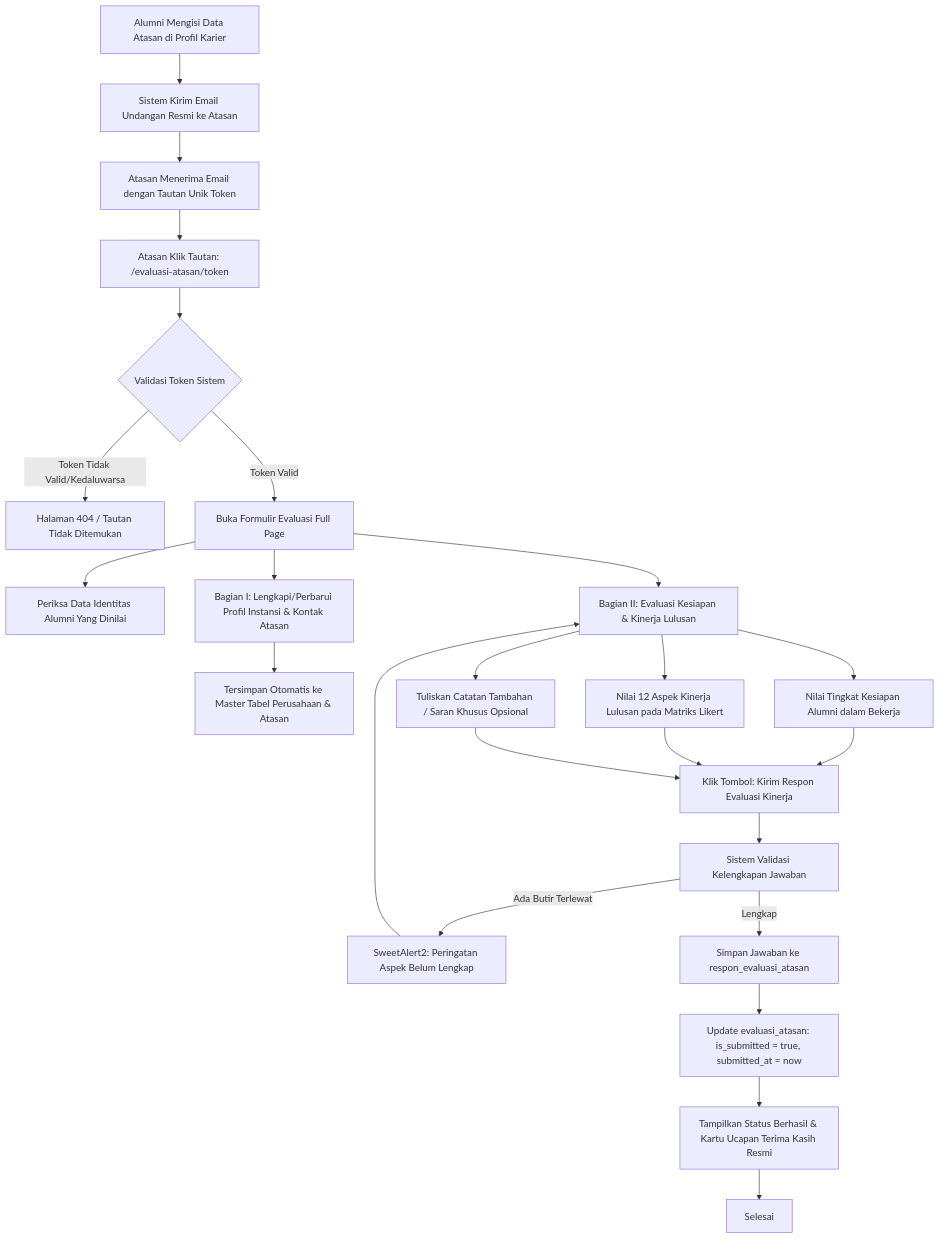
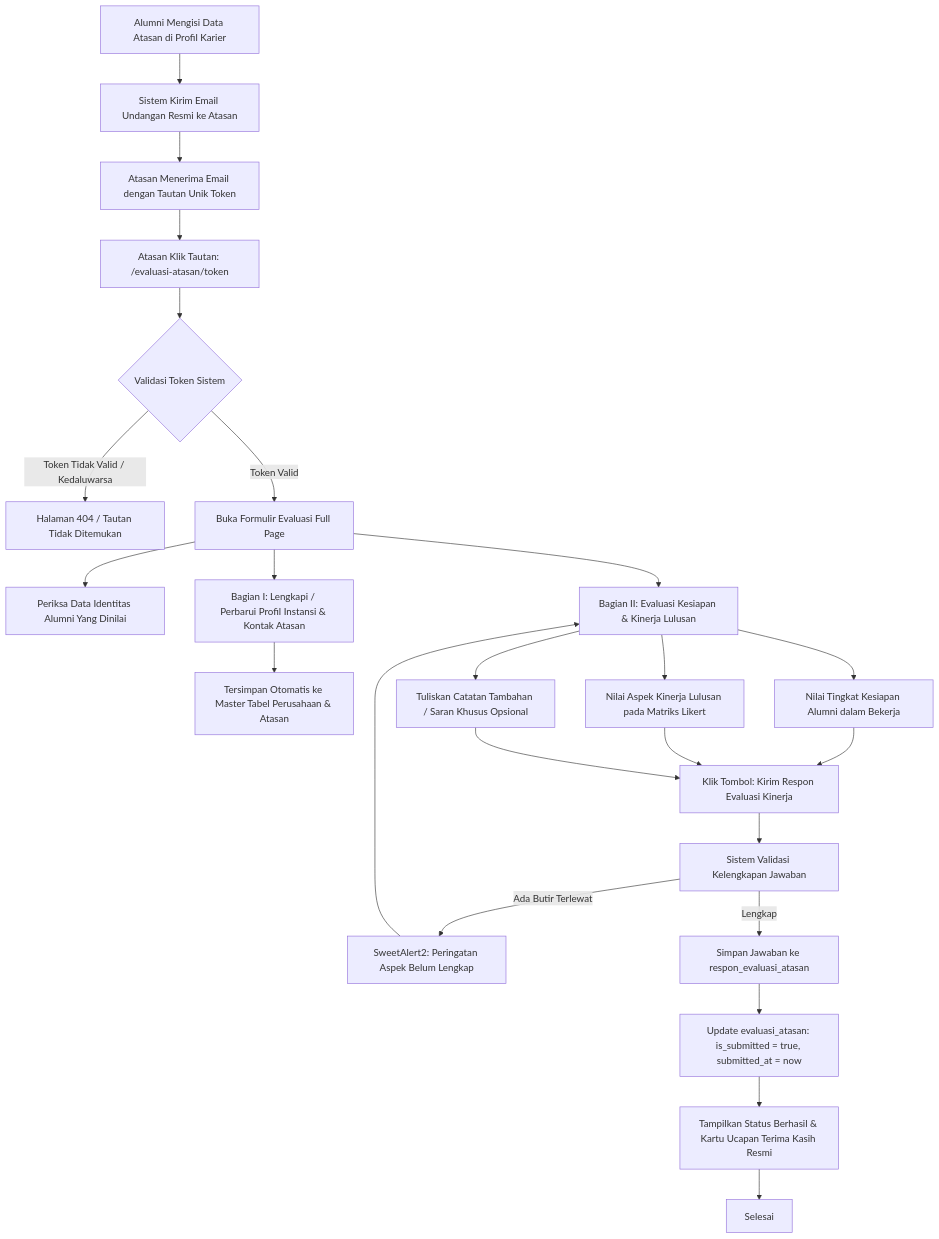
The seventh of 7 diagrams in docs/user-flow.md (claraanjelitakd/tracer-ta), drawn with Mermaid before and after one commit. The commit also changed other lines of this file, not shown here.

Commit message:
docs: align user flow and mermaid diagrams with actual codebase per role

````diff
--- a/docs/user-flow.md
+++ b/docs/user-flow.md
@@ -232,27 +414,27 @@
 ```mermaid
 flowchart TD
     A[Alumni Mengisi Data Atasan di Profil Karier] --> B[Sistem Kirim Email Undangan Resmi ke Atasan]
     B --> C[Atasan Menerima Email dengan Tautan Unik Token]
     C --> D[Atasan Klik Tautan: /evaluasi-atasan/token]
     D --> E{Validasi Token Sistem}
-    E -- Token Tidak Valid/Kedaluwarsa --> F[Halaman 404 / Tautan Tidak Ditemukan]
-    E -- Token Valid --> G[Buka Formulir Evaluasi Full Page]
+    E -->|Token Tidak Valid / Kedaluwarsa| F[Halaman 404 / Tautan Tidak Ditemukan]
+    E -->|Token Valid| G[Buka Formulir Evaluasi Full Page]
     
     G --> H[Periksa Data Identitas Alumni Yang Dinilai]
-    G --> I[Bagian I: Lengkapi/Perbarui Profil Instansi & Kontak Atasan]
+    G --> I[Bagian I: Lengkapi / Perbarui Profil Instansi & Kontak Atasan]
     I --> J[Tersimpan Otomatis ke Master Tabel Perusahaan & Atasan]
     
     G --> K[Bagian II: Evaluasi Kesiapan & Kinerja Lulusan]
     K --> K1[Nilai Tingkat Kesiapan Alumni dalam Bekerja]
-    K --> K2[Nilai 12 Aspek Kinerja Lulusan pada Matriks Likert]
+    K --> K2[Nilai Aspek Kinerja Lulusan pada Matriks Likert]
     K --> K3[Tuliskan Catatan Tambahan / Saran Khusus Opsional]
     
     K1 & K2 & K3 --> L[Klik Tombol: Kirim Respon Evaluasi Kinerja]
     L --> M[Sistem Validasi Kelengkapan Jawaban]
-    M -- Ada Butir Terlewat --> N[SweetAlert2: Peringatan Aspek Belum Lengkap]
+    M -->|Ada Butir Terlewat| N[SweetAlert2: Peringatan Aspek Belum Lengkap]
     N --> K
-    M -- Lengkap --> O[Simpan Jawaban ke respon_evaluasi_atasan]
+    M -->|Lengkap| O[Simpan Jawaban ke respon_evaluasi_atasan]
     O --> P[Update evaluasi_atasan: is_submitted = true, submitted_at = now]
     P --> Q[Tampilkan Status Berhasil & Kartu Ucapan Terima Kasih Resmi]
     Q --> R[Selesai]
 ```
````
